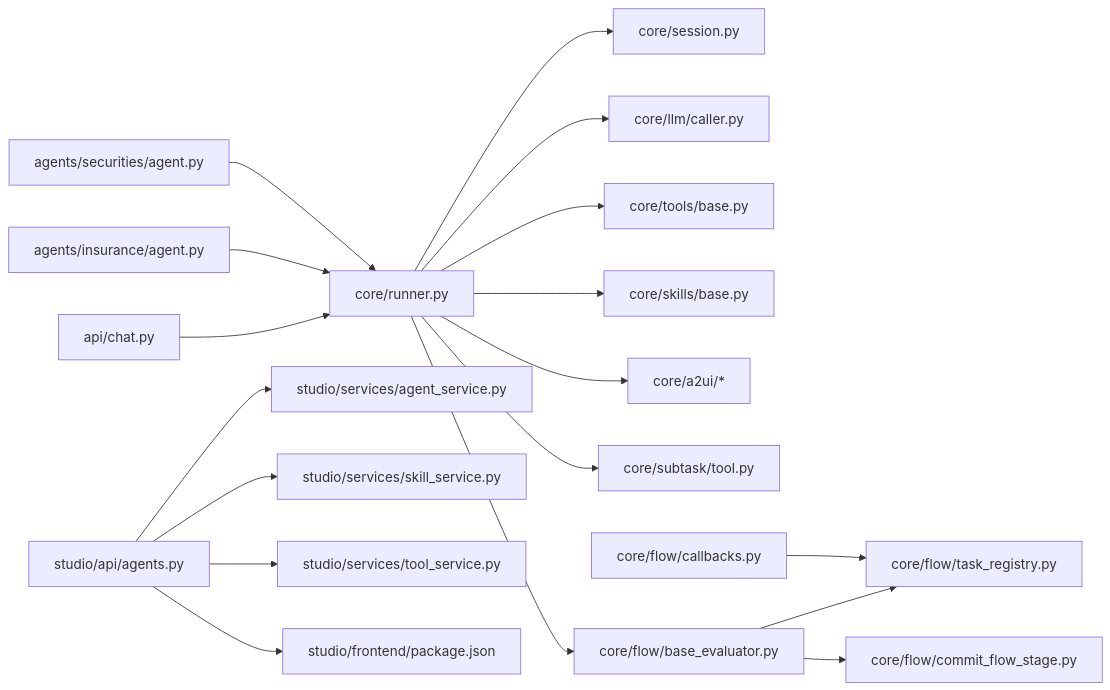
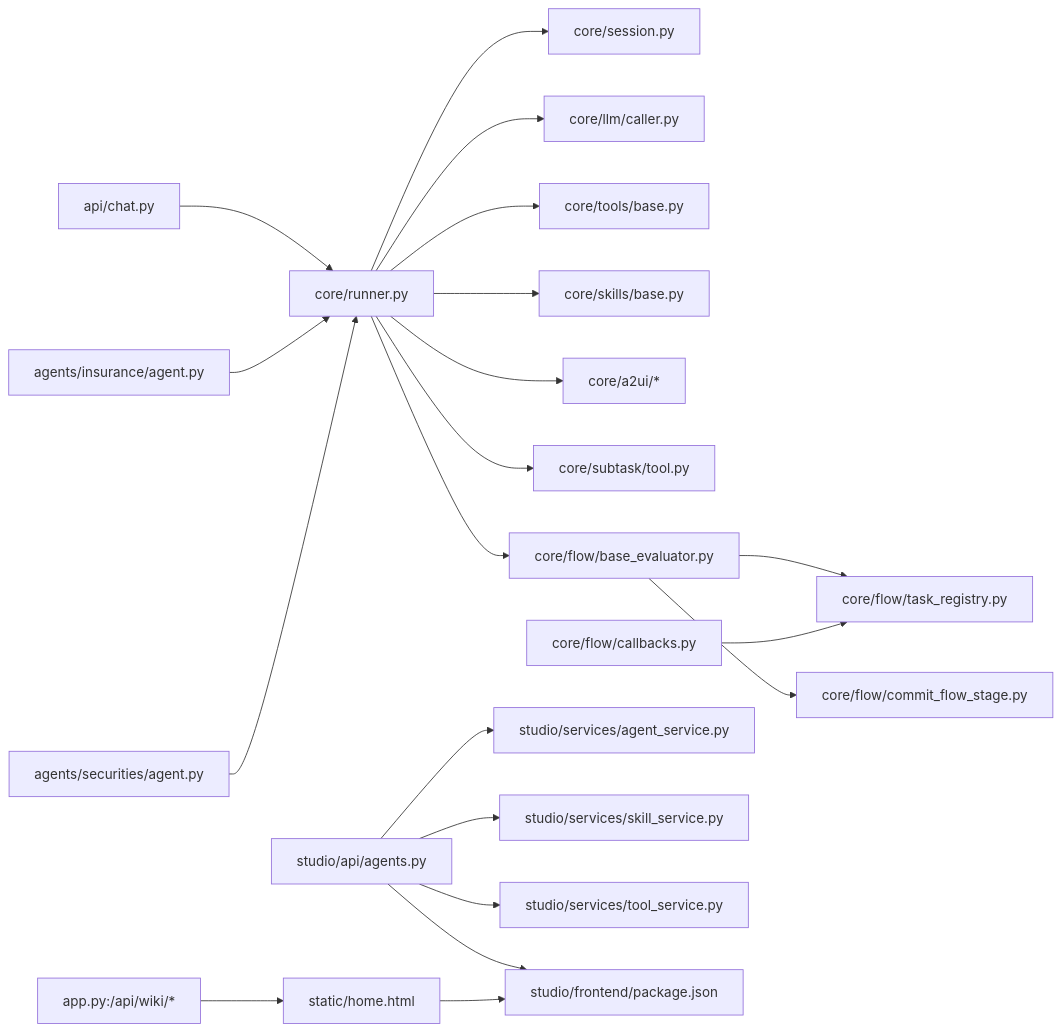
Diagram 17 of 17 in repowiki/zh/content/架构设计/架构设计.md (YU-JI-KUI/ark-agentic), drawn with Mermaid before and after one commit. The commit also changed other lines of this file and 10 other files, not shown here.

````diff
--- a/repowiki/zh/content/架构设计/架构设计.md
+++ b/repowiki/zh/content/架构设计/架构设计.md
@@ -850,20 +943,22 @@
 ```mermaid
 graph LR
 API["api/chat.py"] --> RUNNER["core/runner.py"]
 RUNNER --> SESSION["core/session.py"]
 RUNNER --> LLM["core/llm/caller.py"]
 RUNNER --> TOOLS["core/tools/base.py"]
 RUNNER --> SKILLS["core/skills/base.py"]
 RUNNER --> A2UI["core/a2ui/*"]
 RUNNER --> SUBTASK["core/subtask/tool.py"]
 RUNNER --> FLOW_EVAL["core/flow/base_evaluator.py"]
 FLOW_EVAL --> TASK_REG["core/flow/task_registry.py"]
 FLOW_EVAL --> COMMIT_STAGE["core/flow/commit_flow_stage.py"]
 FLOW_CB["core/flow/callbacks.py"] --> TASK_REG
 INS["agents/insurance/agent.py"] --> RUNNER
 SEC["agents/securities/agent.py"] --> RUNNER
 STUDIO["studio/api/agents.py"] --> AGENT_SVC["studio/services/agent_service.py"]
 STUDIO --> SKILL_SVC["studio/services/skill_service.py"]
 STUDIO --> TOOL_SVC["studio/services/tool_service.py"]
 STUDIO --> REACT["studio/frontend/package.json"]
+WIKI_API["app.py:/api/wiki/*"] --> WIKI_HOME["static/home.html"]
+WIKI_HOME --> REACT
 ```
````
